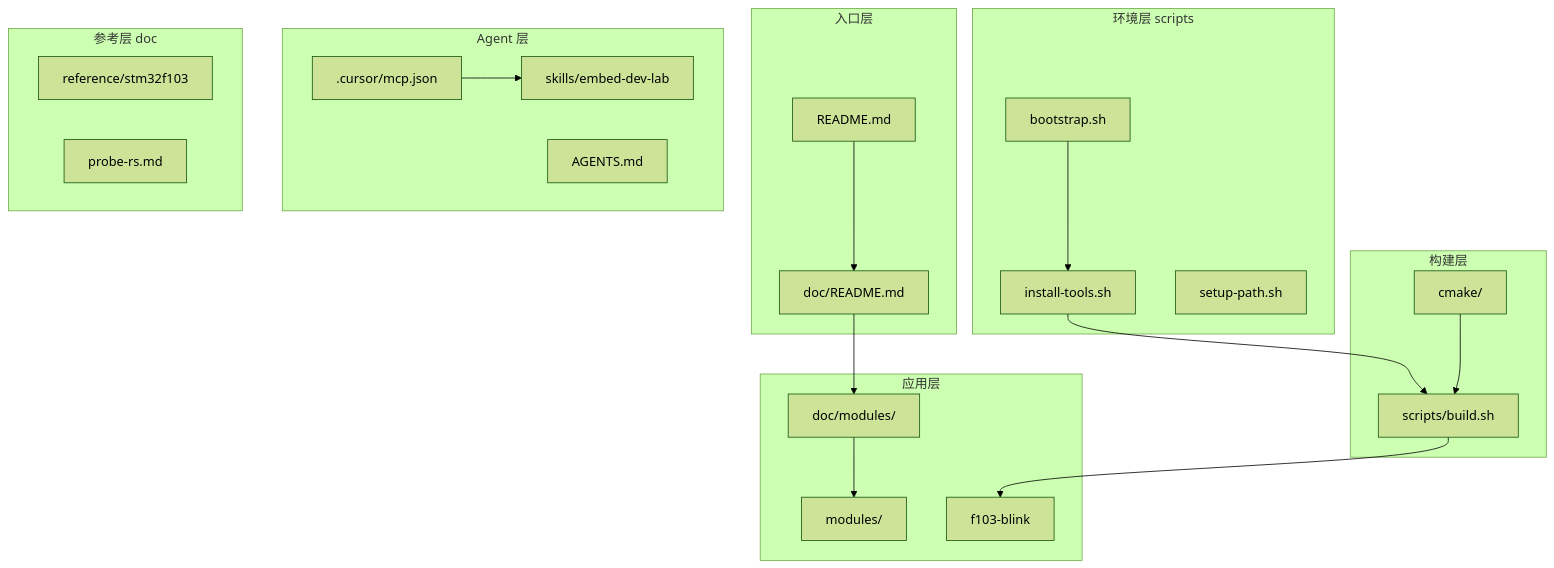
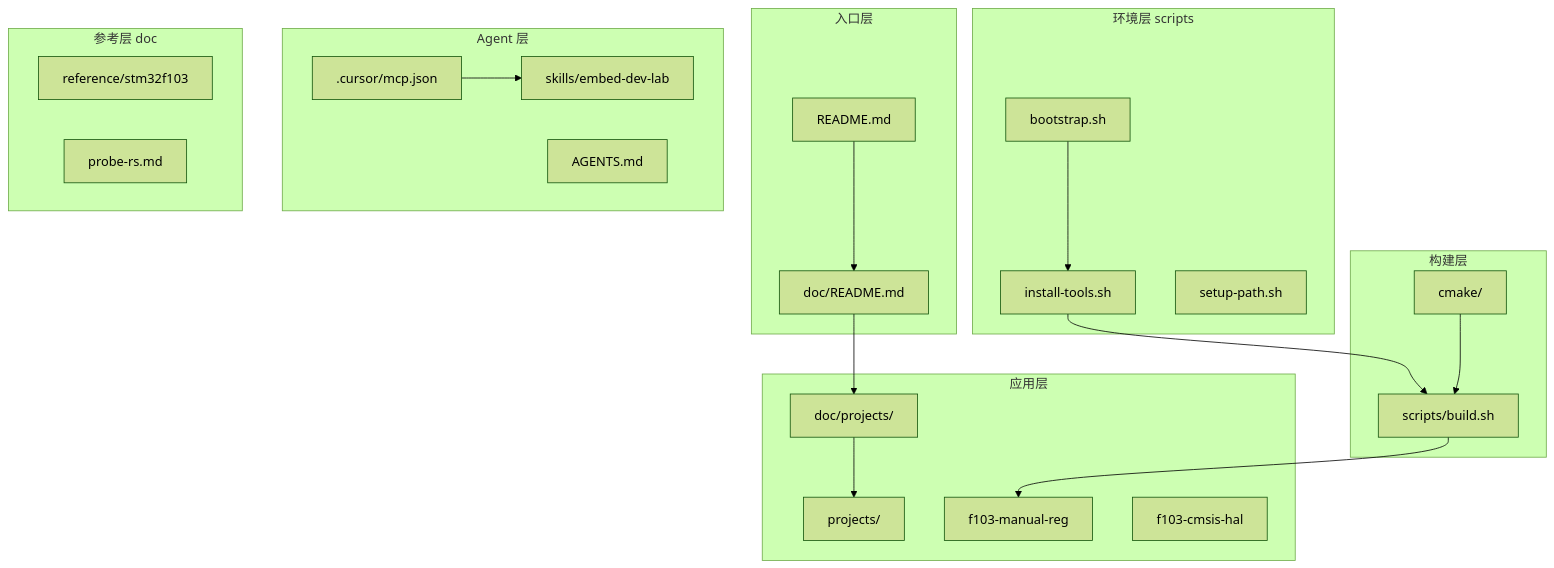
The diagram in README.md (xiaolitongxue666/embed-dev-lab), drawn with Mermaid (forest theme) before and after one commit. The commit also changed other lines of this file and 57 other files, not shown here.

First line of the commit message:
refactor(projects): migrate f103-blink to f103-manual-reg with CMSIS naming

````diff
--- a/README.md
+++ b/README.md
@@ -33,36 +33,37 @@
 ```mermaid
 flowchart TB
   subgraph entry [入口层]
     Readme[README.md]
     DocIndex[doc/README.md]
   end
   subgraph app [应用层]
-    ModulesDir[modules/]
-    DocModules[doc/modules/]
-    F103[f103-blink]
+    ProjectsDir[projects/]
+    DocProjects[doc/projects/]
+    F103[f103-manual-reg]
+    HalStub[f103-cmsis-hal]
   end
   subgraph build [构建层]
     Cmake[cmake/]
     BuildSh[scripts/build.sh]
   end
   subgraph env [环境层 scripts]
     Bootstrap[bootstrap.sh]
     Install[install-tools.sh]
     Path[setup-path.sh]
   end
   subgraph agent [Agent 层]
     CursorMcp[.cursor/mcp.json]
     Skills[skills/embed-dev-lab]
     AgentsMd[AGENTS.md]
   end
   subgraph ref [参考层 doc]
     StDocs[reference/stm32f103]
     ProbeDoc[probe-rs.md]
   end
   Readme --> DocIndex
-  DocIndex --> DocModules
-  DocModules --> ModulesDir
+  DocIndex --> DocProjects
+  DocProjects --> ProjectsDir
   Bootstrap --> Install --> BuildSh --> F103
   Cmake --> BuildSh
   CursorMcp --> Skills
 ```
````
